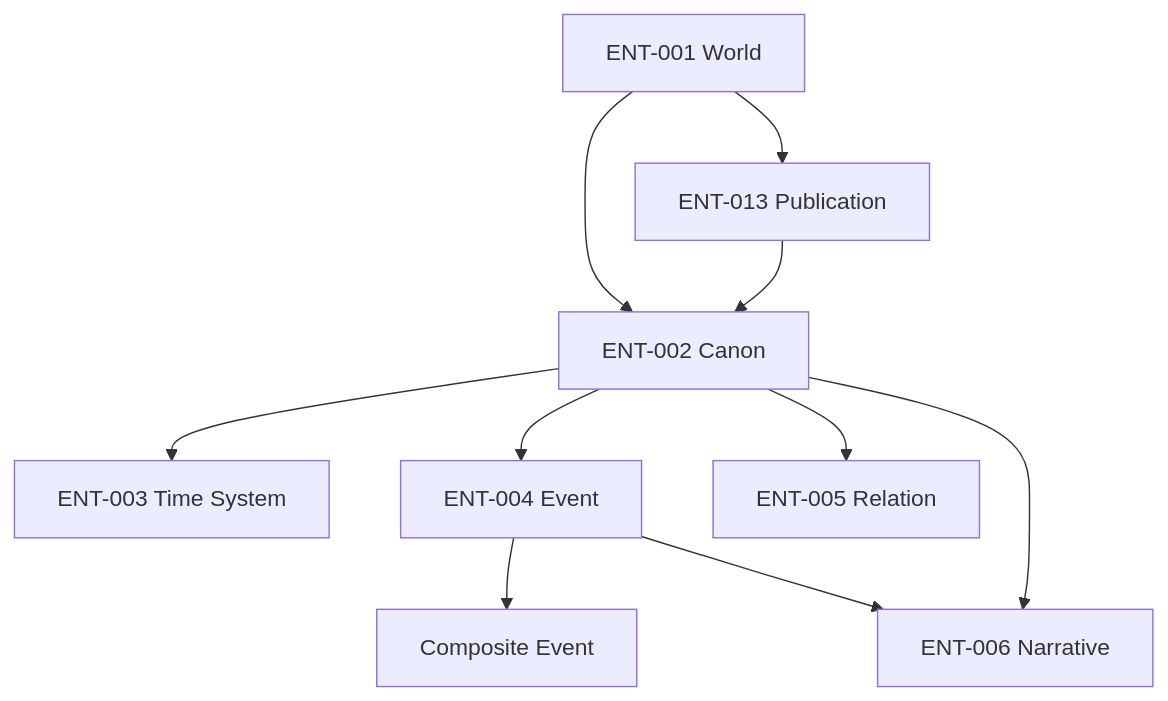
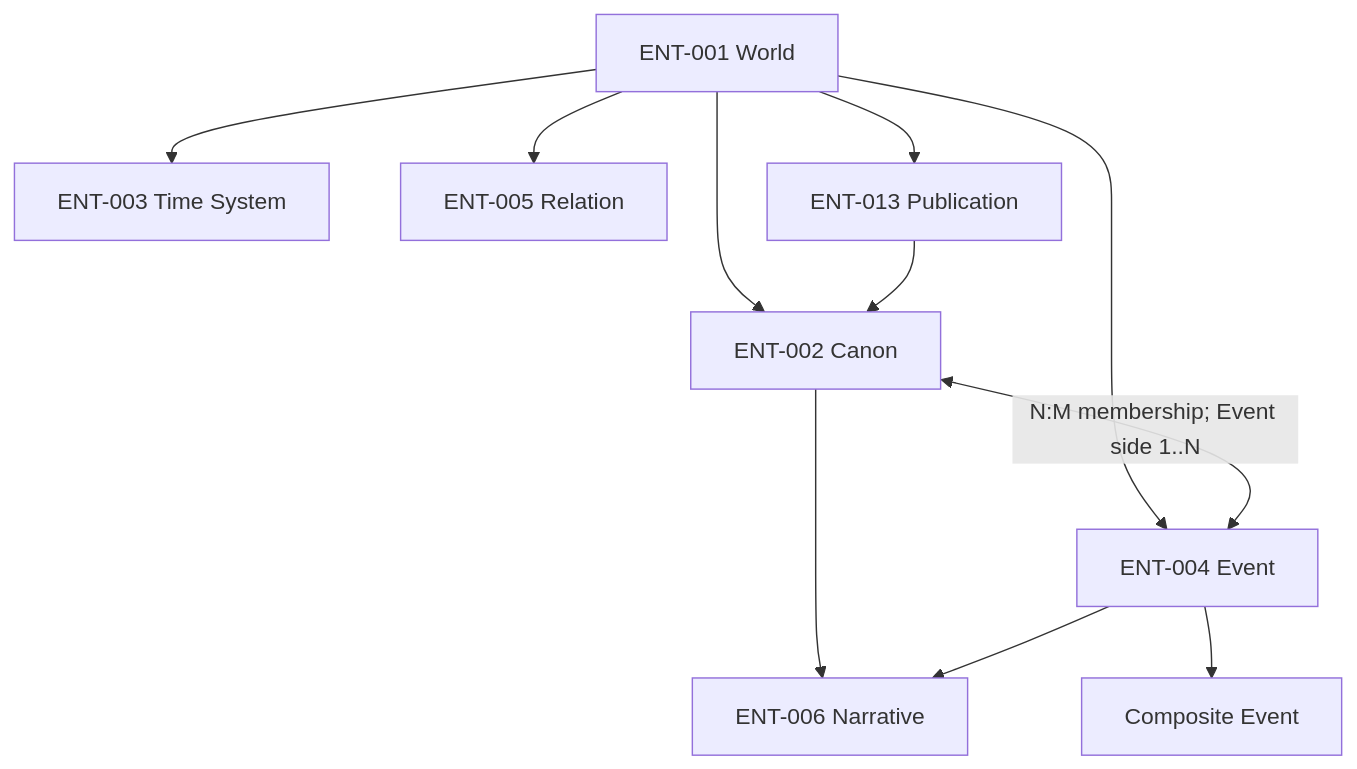
One commit to neocjmix/moirai changed the diagram in docs/business-requirements/entities/CORE-MODEL.md. Above: the diagram before and after it, drawn with Mermaid. The commit also changed other lines of this file, not shown here.

````diff
--- a/docs/business-requirements/entities/CORE-MODEL.md
+++ b/docs/business-requirements/entities/CORE-MODEL.md
@@ -7,12 +7,13 @@
 ```mermaid
 flowchart TD
     W["ENT-001 World"] --> C["ENT-002 Canon"]
-    C --> T["ENT-003 Time System"]
-    C --> E["ENT-004 Event"]
-    C --> R["ENT-005 Relation"]
+    W --> T["ENT-003 Time System"]
+    W --> E["ENT-004 Event"]
+    W --> R["ENT-005 Relation"]
     C --> N["ENT-006 Narrative"]
+    C <-->|"N:M membership; Event side 1..N"| E
     E --> CE["Composite Event"]
     E --> N
     W --> P["ENT-013 Publication"]
     P --> C
 ```
````
